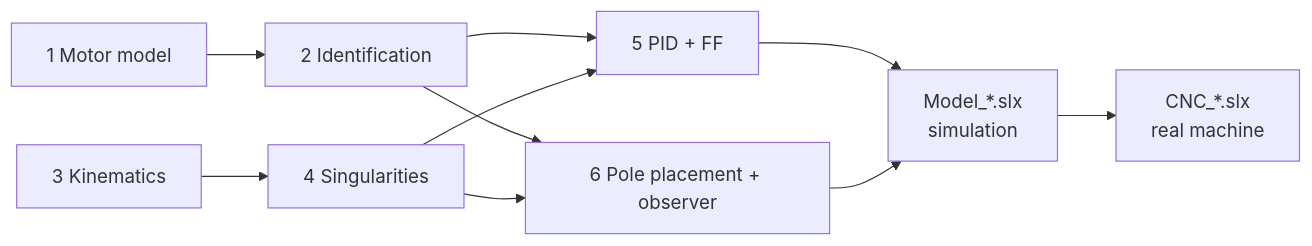
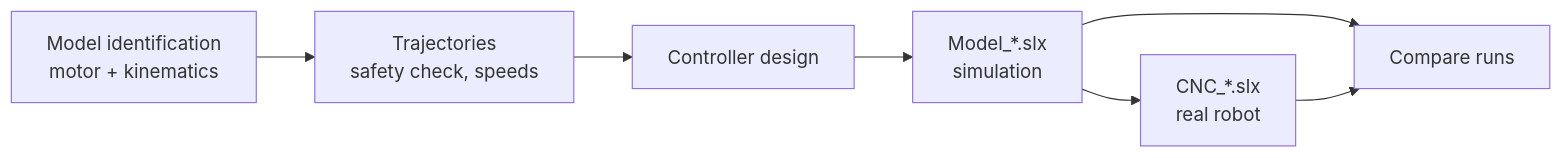
Before and after one commit to riccardoserraino/2DOF_Robot_Control: the diagram in README.md, drawn with Mermaid. The commit also changed other lines of this file and 65 other files, not shown here.

````diff
--- a/README.md
+++ b/README.md
@@ -27,12 +18,9 @@
 ```mermaid
 flowchart LR
-    A[1 Motor model] --> B[2 Identification]
-    B --> E[5 PID + FF]
-    B --> F[6 Pole placement + observer]
-    C[3 Kinematics] --> D[4 Singularities]
-    D --> E
-    D --> F
-    E --> H[Model_*.slx<br/>simulation]
-    F --> H
-    H --> I[CNC_*.slx<br/>real machine]
+    A[Model identification<br/>motor + kinematics] --> B[Trajectories<br/>safety check, speeds]
+    B --> C[Controller design]
+    C --> D[Model_*.slx<br/>simulation]
+    D --> E[CNC_*.slx<br/>real robot]
+    D --> F[Compare runs]
+    E --> F
 ```
````
